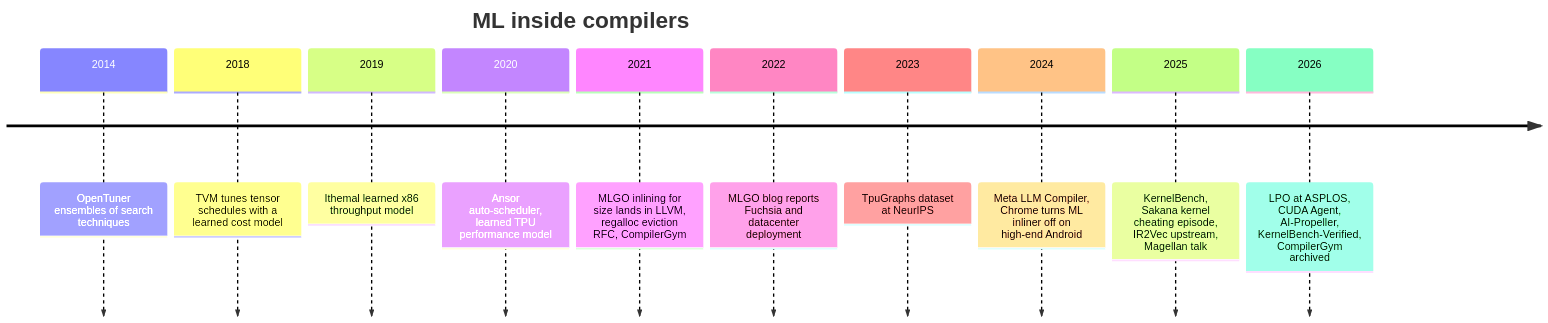
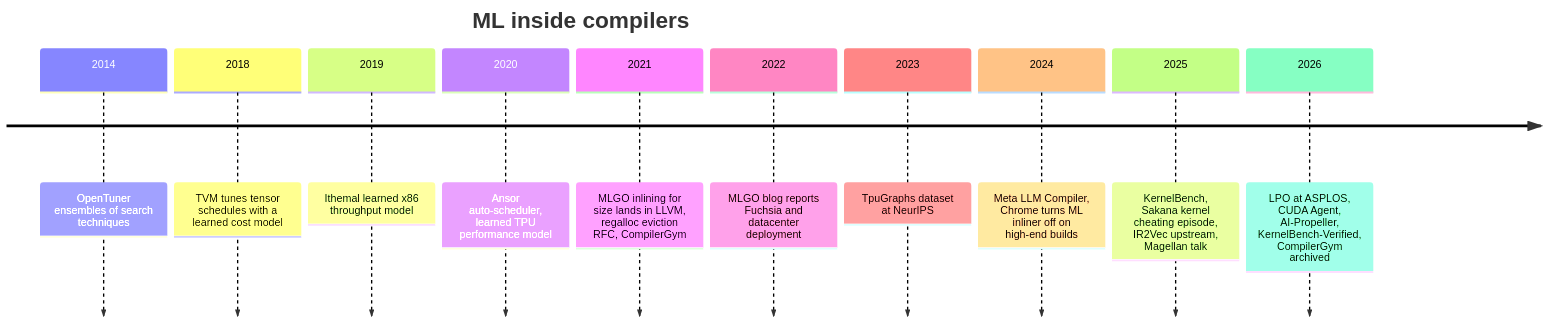
One commit to ImRuliad/Library-of-Alexandria changed the first of 4 diagrams in Compilers/Frontier/ML-Guided Optimization/ML-Guided Optimization.md. Above: the diagram before and after it, drawn with Mermaid. The commit also changed other lines of this file and 1 other file, not shown here.

````diff
--- a/Compilers/Frontier/ML-Guided Optimization/ML-Guided Optimization.md
+++ b/Compilers/Frontier/ML-Guided Optimization/ML-Guided Optimization.md
@@ -160,14 +169,14 @@
 ```mermaid
 timeline
     title ML inside compilers
     2014 : OpenTuner ensembles of search techniques
     2018 : TVM tunes tensor schedules with a learned cost model
     2019 : Ithemal learned x86 throughput model
     2020 : Ansor auto-scheduler, learned TPU performance model
     2021 : MLGO inlining for size lands in LLVM, regalloc eviction RFC, CompilerGym
     2022 : MLGO blog reports Fuchsia and datacenter deployment
     2023 : TpuGraphs dataset at NeurIPS
-    2024 : Meta LLM Compiler, Chrome turns ML inliner off on high-end Android
+    2024 : Meta LLM Compiler, Chrome turns ML inliner off on high-end builds
     2025 : KernelBench, Sakana kernel cheating episode, IR2Vec upstream, Magellan talk
     2026 : LPO at ASPLOS, CUDA Agent, AI-Propeller, KernelBench-Verified, CompilerGym archived
 ```
````
